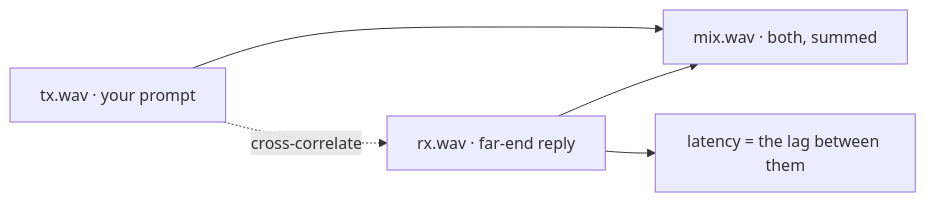
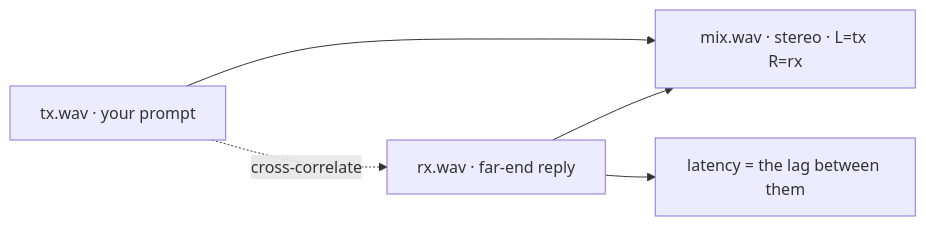
One commit to Agora-Build/DialF changed the third of 3 diagrams in blog/introducing-dialf.md. Above: the diagram before and after it, drawn with Mermaid. The commit also changed other lines of this file and 3 other files, not shown here.

First line of the commit message:
docs: document stereo mix.wav + reflow blog to one line per paragraph

````diff
--- a/blog/introducing-dialf.md
+++ b/blog/introducing-dialf.md
@@ -217,7 +181,7 @@
 ```mermaid
 flowchart LR
-  TX["tx.wav · your prompt"] --> MIX["mix.wav · both, summed"]
+  TX["tx.wav · your prompt"] --> MIX["mix.wav · stereo · L=tx R=rx"]
   RX["rx.wav · far-end reply"] --> MIX
   TX -.->|"cross-correlate"| RX
   RX --> L["latency = the lag between them"]
 ```
````
